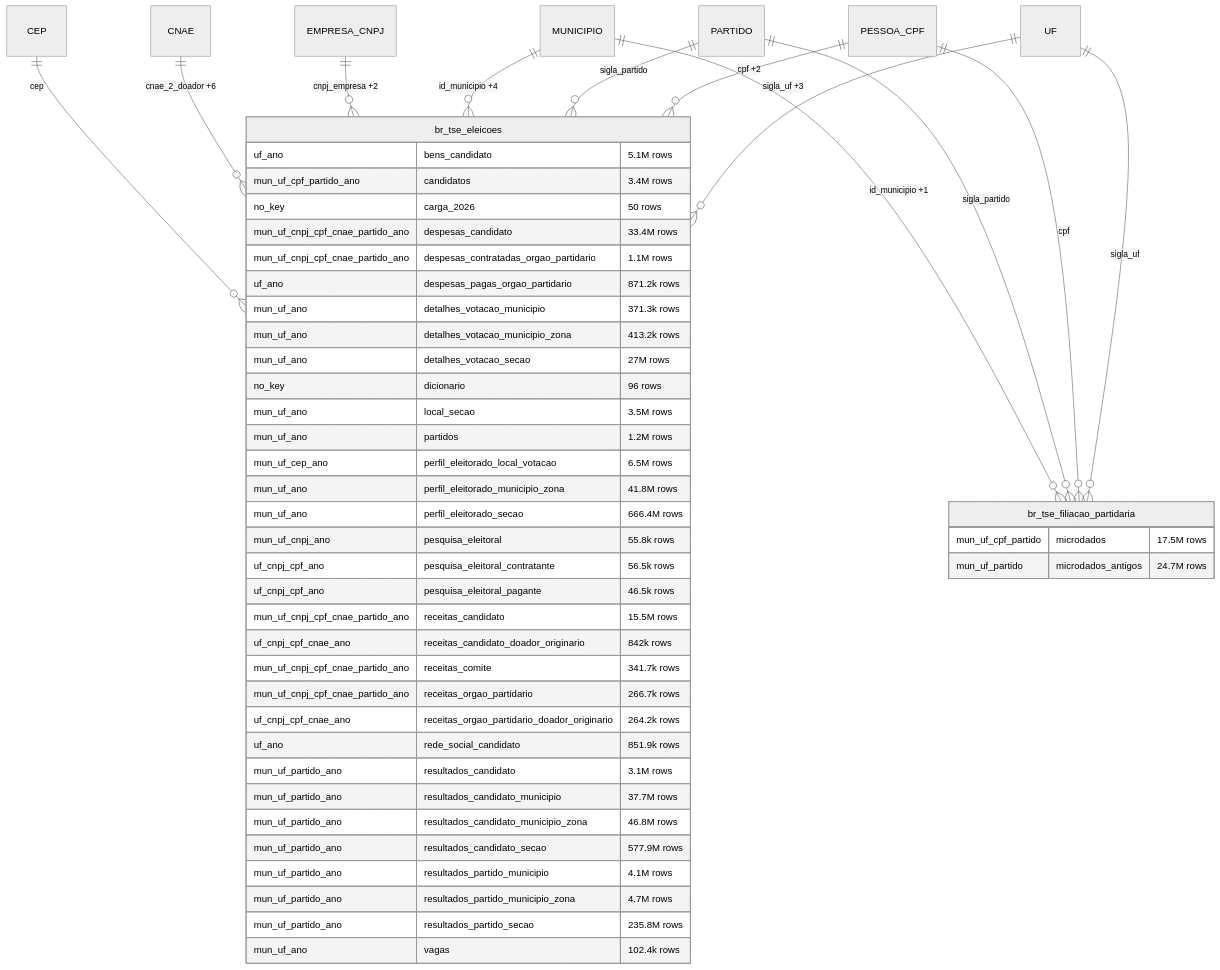
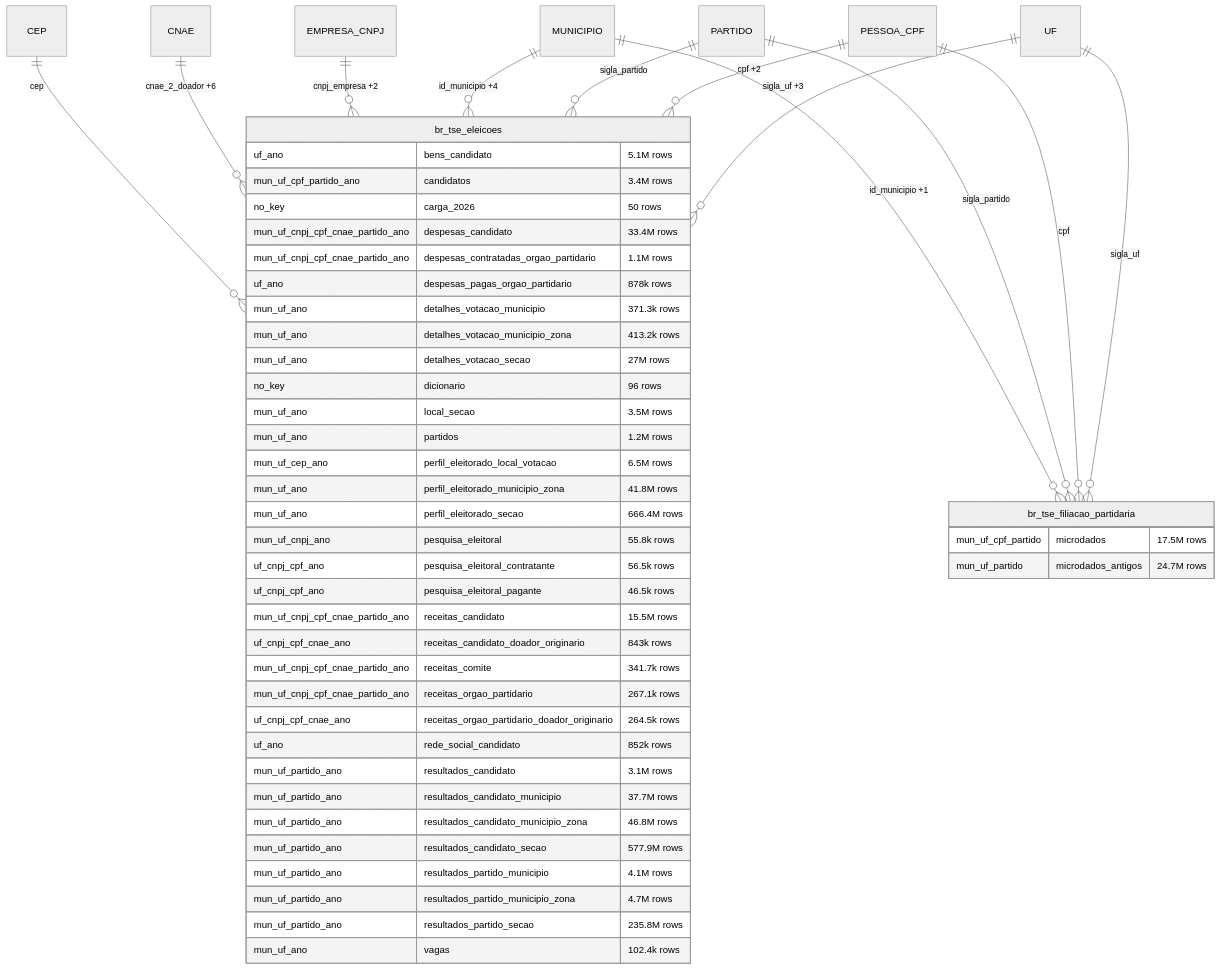
One commit to rafapolo/rodado changed diagram 20 of 37 in docs/mapa/ERD_EN.md. Above: the diagram before and after it, drawn with Mermaid (neutral theme). The commit also changed other lines of this file and 172 other files, not shown here.

````diff
--- a/docs/mapa/ERD_EN.md
+++ b/docs/mapa/ERD_EN.md
@@ -1860,52 +1885,52 @@
 ```mermaid
 erDiagram
     CEP ||--o{ br_tse_eleicoes : "cep"
     CNAE ||--o{ br_tse_eleicoes : "cnae_2_doador +6"
     EMPRESA_CNPJ ||--o{ br_tse_eleicoes : "cnpj_empresa +2"
     MUNICIPIO ||--o{ br_tse_eleicoes : "id_municipio +4"
     PARTIDO ||--o{ br_tse_eleicoes : "sigla_partido"
     PESSOA_CPF ||--o{ br_tse_eleicoes : "cpf +2"
     UF ||--o{ br_tse_eleicoes : "sigla_uf +3"
     MUNICIPIO ||--o{ br_tse_filiacao_partidaria : "id_municipio +1"
     PARTIDO ||--o{ br_tse_filiacao_partidaria : "sigla_partido"
     PESSOA_CPF ||--o{ br_tse_filiacao_partidaria : "cpf"
     UF ||--o{ br_tse_filiacao_partidaria : "sigla_uf"
     br_tse_eleicoes {
         uf_ano bens_candidato "5.1M rows"
         mun_uf_cpf_partido_ano candidatos "3.4M rows"
         no_key carga_2026 "50 rows"
         mun_uf_cnpj_cpf_cnae_partido_ano despesas_candidato "33.4M rows"
         mun_uf_cnpj_cpf_cnae_partido_ano despesas_contratadas_orgao_partidario "1.1M rows"
-        uf_ano despesas_pagas_orgao_partidario "871.2k rows"
+        uf_ano despesas_pagas_orgao_partidario "878k rows"
         mun_uf_ano detalhes_votacao_municipio "371.3k rows"
         mun_uf_ano detalhes_votacao_municipio_zona "413.2k rows"
         mun_uf_ano detalhes_votacao_secao "27M rows"
         no_key dicionario "96 rows"
         mun_uf_ano local_secao "3.5M rows"
         mun_uf_ano partidos "1.2M rows"
         mun_uf_cep_ano perfil_eleitorado_local_votacao "6.5M rows"
         mun_uf_ano perfil_eleitorado_municipio_zona "41.8M rows"
         mun_uf_ano perfil_eleitorado_secao "666.4M rows"
         mun_uf_cnpj_ano pesquisa_eleitoral "55.8k rows"
         uf_cnpj_cpf_ano pesquisa_eleitoral_contratante "56.5k rows"
         uf_cnpj_cpf_ano pesquisa_eleitoral_pagante "46.5k rows"
         mun_uf_cnpj_cpf_cnae_partido_ano receitas_candidato "15.5M rows"
-        uf_cnpj_cpf_cnae_ano receitas_candidato_doador_originario "842k rows"
+        uf_cnpj_cpf_cnae_ano receitas_candidato_doador_originario "843k rows"
         mun_uf_cnpj_cpf_cnae_partido_ano receitas_comite "341.7k rows"
-        mun_uf_cnpj_cpf_cnae_partido_ano receitas_orgao_partidario "266.7k rows"
-        uf_cnpj_cpf_cnae_ano receitas_orgao_partidario_doador_originario "264.2k rows"
-        uf_ano rede_social_candidato "851.9k rows"
+        mun_uf_cnpj_cpf_cnae_partido_ano receitas_orgao_partidario "267.1k rows"
+        uf_cnpj_cpf_cnae_ano receitas_orgao_partidario_doador_originario "264.5k rows"
+        uf_ano rede_social_candidato "852k rows"
         mun_uf_partido_ano resultados_candidato "3.1M rows"
         mun_uf_partido_ano resultados_candidato_municipio "37.7M rows"
         mun_uf_partido_ano resultados_candidato_municipio_zona "46.8M rows"
         mun_uf_partido_ano resultados_candidato_secao "577.9M rows"
         mun_uf_partido_ano resultados_partido_municipio "4.1M rows"
         mun_uf_partido_ano resultados_partido_municipio_zona "4.7M rows"
         mun_uf_partido_ano resultados_partido_secao "235.8M rows"
         mun_uf_ano vagas "102.4k rows"
     }
     br_tse_filiacao_partidaria {
         mun_uf_cpf_partido microdados "17.5M rows"
         mun_uf_partido microdados_antigos "24.7M rows"
     }
 ```
````
